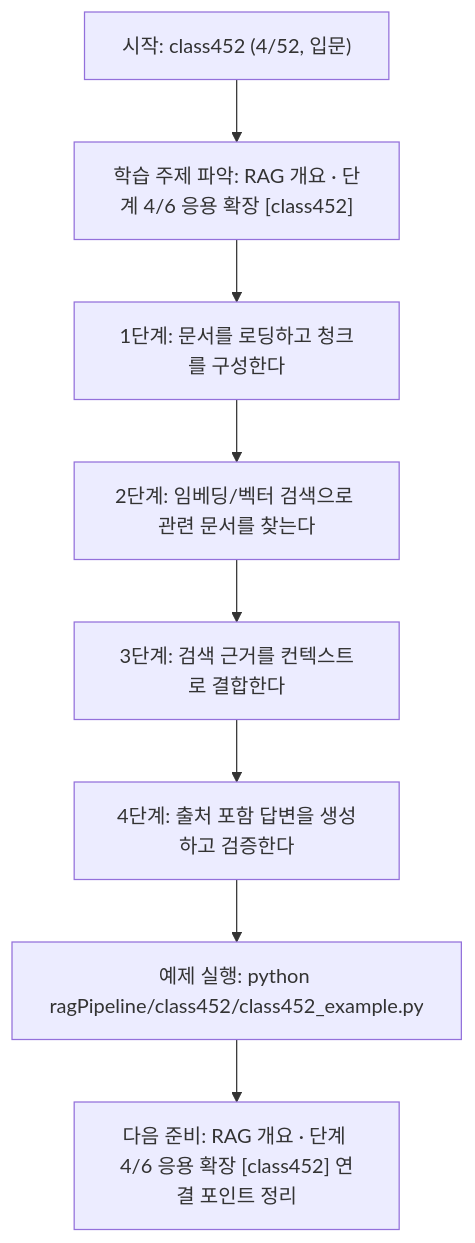
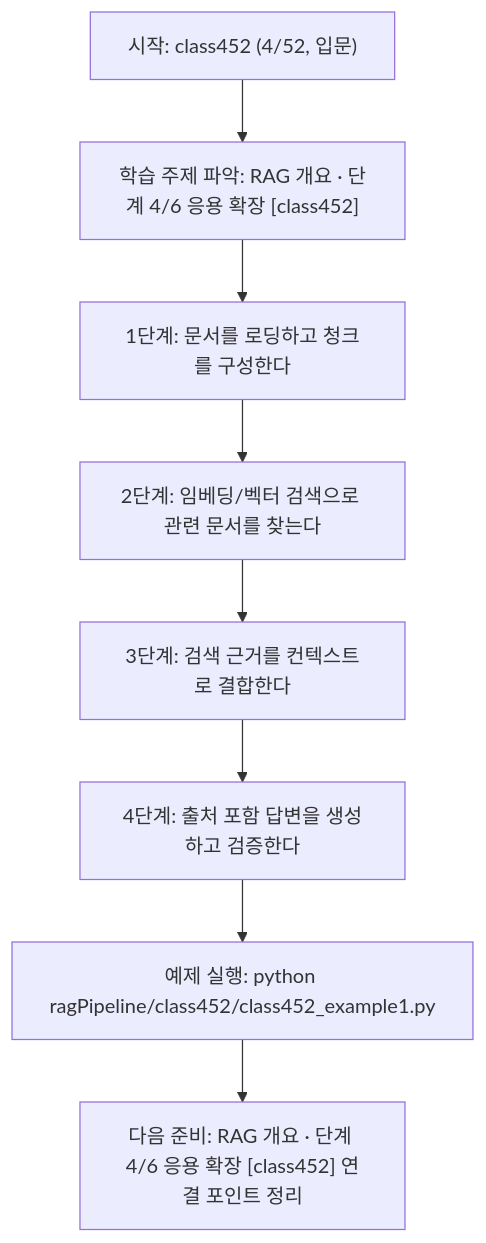
Before and after one commit to edumgt/Python-AI_Agent-Class: the diagram in ragPipeline/class452/class452.md, drawn with Mermaid. The commit also changed other lines of this file and 2959 other files, not shown here.

````diff
--- a/ragPipeline/class452/class452.md
+++ b/ragPipeline/class452/class452.md
@@ -110,18 +110,18 @@
 ```mermaid
 flowchart TD
 N1["시작: class452 (4/52, 입문)"]
 N2["학습 주제 파악: RAG 개요 · 단계 4/6 응용 확장 [class452]"]
 N3["1단계: 문서를 로딩하고 청크를 구성한다"]
 N4["2단계: 임베딩/벡터 검색으로 관련 문서를 찾는다"]
 N5["3단계: 검색 근거를 컨텍스트로 결합한다"]
 N6["4단계: 출처 포함 답변을 생성하고 검증한다"]
-N7["예제 실행: python ragPipeline/class452/class452_example.py"]
+N7["예제 실행: python ragPipeline/class452/class452_example1.py"]
 N8["다음 준비: RAG 개요 · 단계 4/6 응용 확장 [class452] 연결 포인트 정리"]
 N1 --> N2
 N2 --> N3
 N3 --> N4
 N4 --> N5
 N5 --> N6
 N6 --> N7
 N7 --> N8
 ```
````
